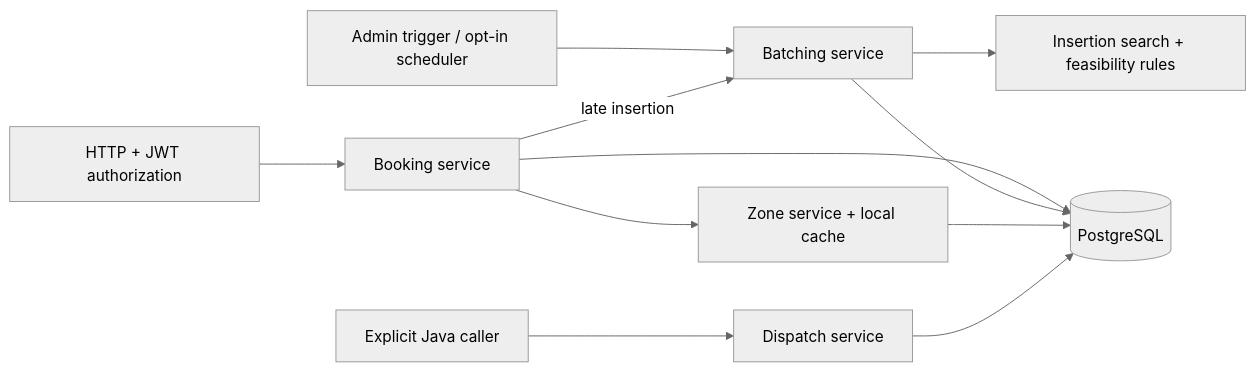
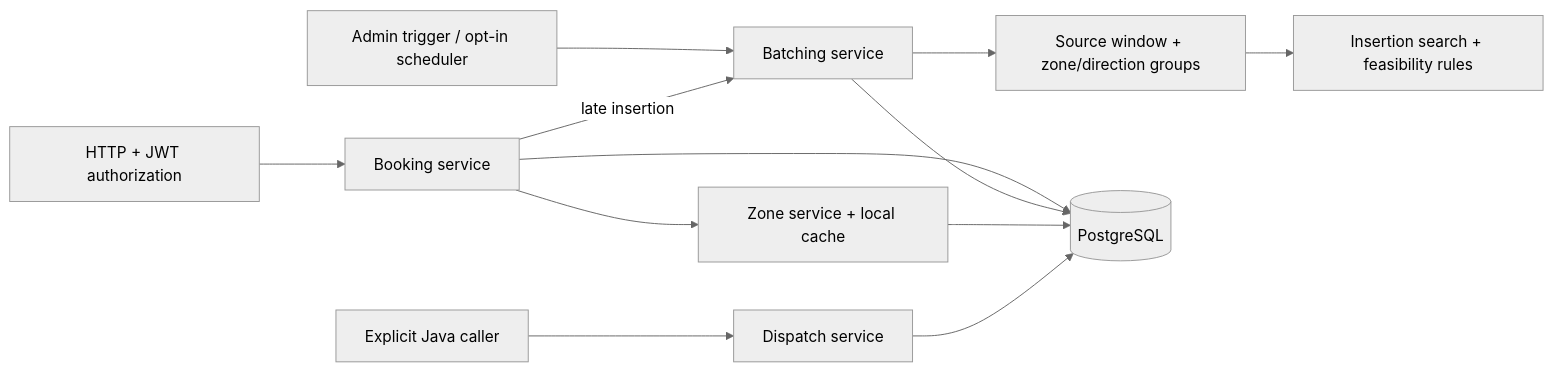
The diagram in README.md (aakash-kr-7/sla-aware-ride-batching), drawn with Mermaid (neutral theme) before and after one commit. The commit also changed other lines of this file and 11 other files, not shown here.

````diff
--- a/README.md
+++ b/README.md
@@ -31,13 +31,14 @@
 ```mermaid
 flowchart LR
     HTTP[HTTP + JWT authorization] --> Booking[Booking service]
     Trigger[Admin trigger / opt-in scheduler] --> Batch[Batching service]
     Booking -->|late insertion| Batch
     Booking --> Zones[Zone service + local cache]
-    Batch --> Planner[Insertion search + feasibility rules]
+    Batch --> Groups[Source window + zone/direction groups]
+    Groups --> Planner[Insertion search + feasibility rules]
     Booking --> DB[(PostgreSQL)]
     Batch --> DB
     Zones --> DB
     Caller[Explicit Java caller] --> Dispatch[Dispatch service]
     Dispatch --> DB
 ```
````
